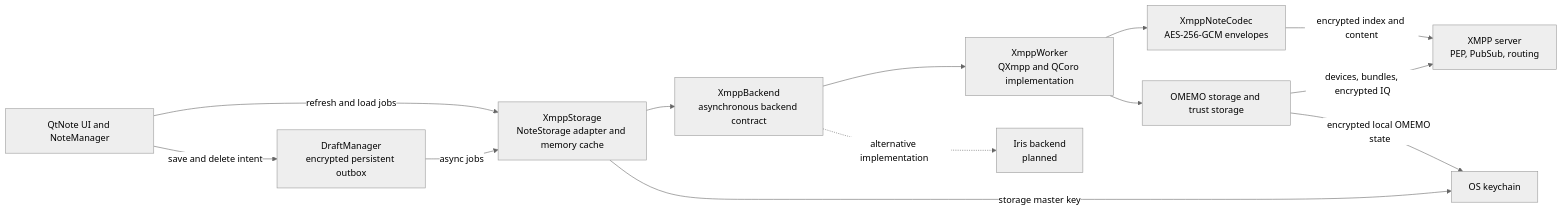
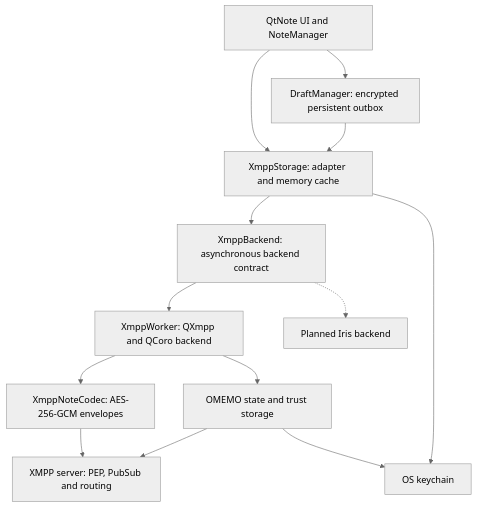
The first of 6 diagrams in plugins/xmpppubsub/README.md (Ri0n/QtNote), drawn with Mermaid (neutral theme) before and after one commit. The commit also changed other lines of this file, not shown here.

Commit message:
An attempt to fix github diagrams

````diff
--- a/plugins/xmpppubsub/README.md
+++ b/plugins/xmpppubsub/README.md
@@ -94,26 +94,26 @@
 ```mermaid
-flowchart LR
-    UI["QtNote UI and NoteManager"]
-    OUTBOX["DraftManager<br/>encrypted persistent outbox"]
-    STORAGE["XmppStorage<br/>NoteStorage adapter and memory cache"]
-    API["XmppBackend<br/>asynchronous backend contract"]
-    QXMPP["XmppWorker<br/>QXmpp and QCoro implementation"]
-    IRIS["Iris backend<br/>planned"]
-    CODEC["XmppNoteCodec<br/>AES-256-GCM envelopes"]
-    OMEMO["OMEMO storage and trust storage"]
-    KEYCHAIN["OS keychain"]
-    SERVER["XMPP server<br/>PEP, PubSub, routing"]
+graph TD;
+    UI["QtNote UI and NoteManager"];
+    OUTBOX["DraftManager: encrypted persistent outbox"];
+    STORAGE["XmppStorage: adapter and memory cache"];
+    API["XmppBackend: asynchronous backend contract"];
+    QXMPP["XmppWorker: QXmpp and QCoro backend"];
+    IRIS["Planned Iris backend"];
+    CODEC["XmppNoteCodec: AES-256-GCM envelopes"];
+    OMEMO["OMEMO state and trust storage"];
+    KEYCHAIN["OS keychain"];
+    SERVER["XMPP server: PEP, PubSub and routing"];
 
-    UI -->|refresh and load jobs| STORAGE
-    UI -->|save and delete intent| OUTBOX
-    OUTBOX -->|async jobs| STORAGE
-    STORAGE --> API
-    API --> QXMPP
-    API -. alternative implementation .-> IRIS
-    QXMPP --> CODEC
-    QXMPP --> OMEMO
-    CODEC -->|encrypted index and content| SERVER
-    OMEMO -->|devices, bundles, encrypted IQ| SERVER
-    STORAGE -->|storage master key| KEYCHAIN
-    OMEMO -->|encrypted local OMEMO state| KEYCHAIN
+    UI --> STORAGE;
+    UI --> OUTBOX;
+    OUTBOX --> STORAGE;
+    STORAGE --> API;
+    API --> QXMPP;
+    API -.-> IRIS;
+    QXMPP --> CODEC;
+    QXMPP --> OMEMO;
+    CODEC --> SERVER;
+    OMEMO --> SERVER;
+    STORAGE --> KEYCHAIN;
+    OMEMO --> KEYCHAIN;
 ```
````
